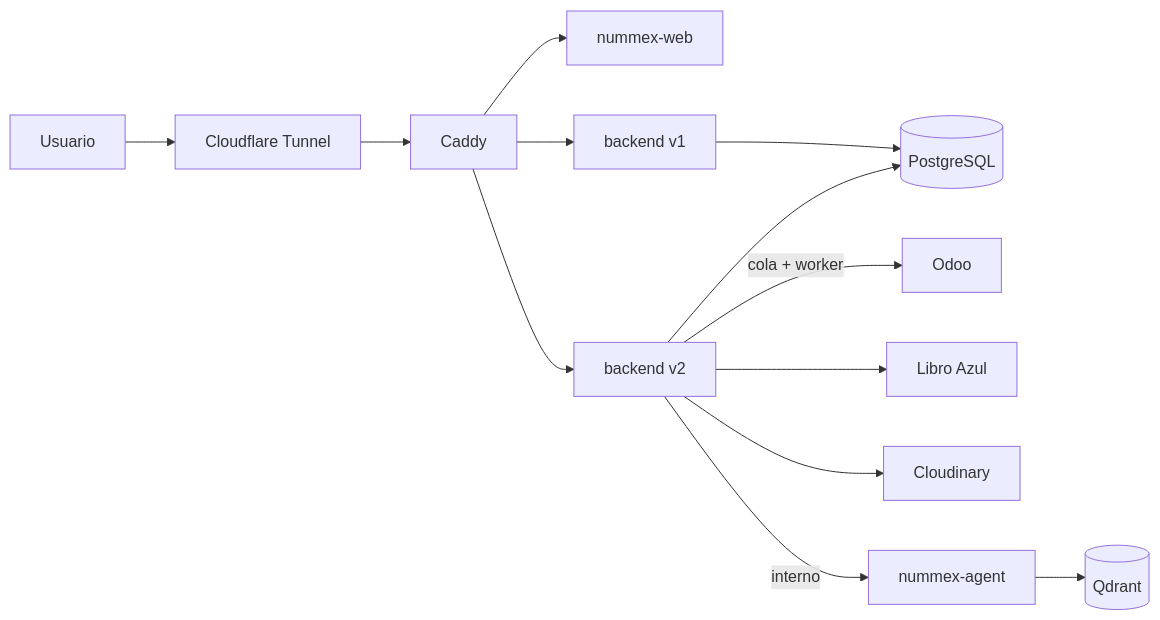
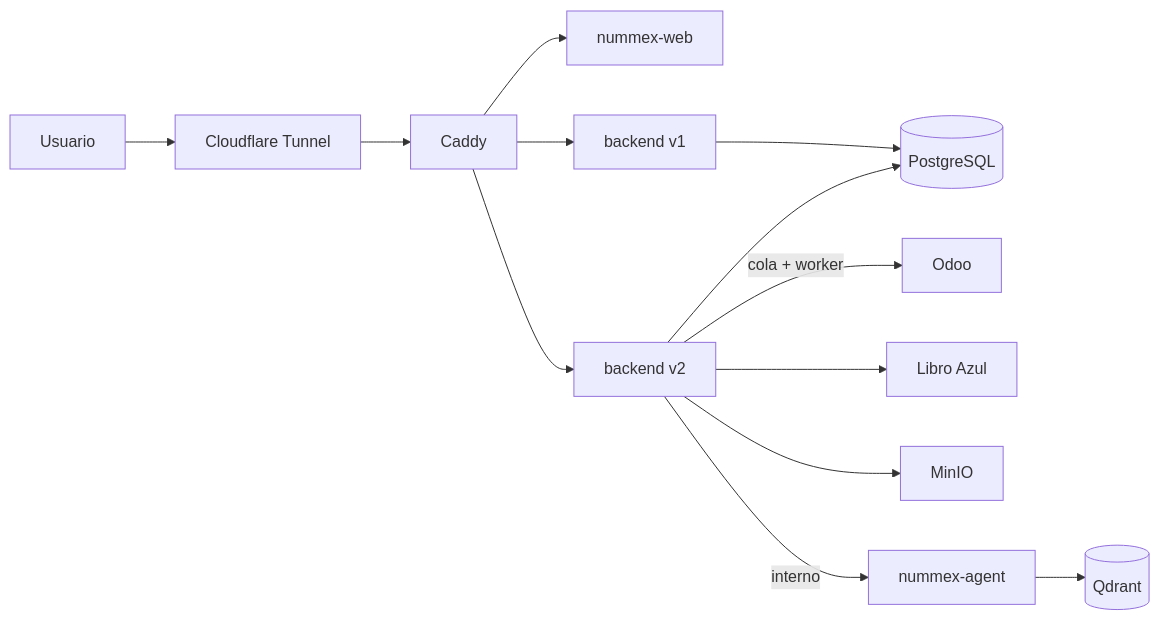
Before and after one commit to YefraSoft/obsidian-notes: the sixth of 6 diagrams in Planes/nummex-backend-v2-plan.md, drawn with Mermaid. The commit also changed other lines of this file and 3 other files, not shown here.

````diff
--- a/Planes/nummex-backend-v2-plan.md
+++ b/Planes/nummex-backend-v2-plan.md
@@ -332,15 +335,15 @@
 ```mermaid
 flowchart LR
     U["Usuario"] --> CF["Cloudflare Tunnel"]
     CF --> CA["Caddy"]
     CA --> WEB["nummex-web"]
     CA --> V1["backend v1"]
     CA --> V2["backend v2"]
     V1 --> PG[("PostgreSQL")]
     V2 --> PG
     V2 -->|cola + worker| OD["Odoo"]
     V2 --> LA["Libro Azul"]
-    V2 --> CL["Cloudinary"]
+    V2 --> CL["MinIO"]
     V2 -->|interno| AG["nummex-agent"]
     AG --> QD[("Qdrant")]
 ```
````
